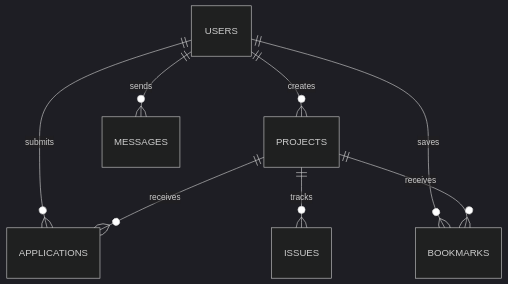
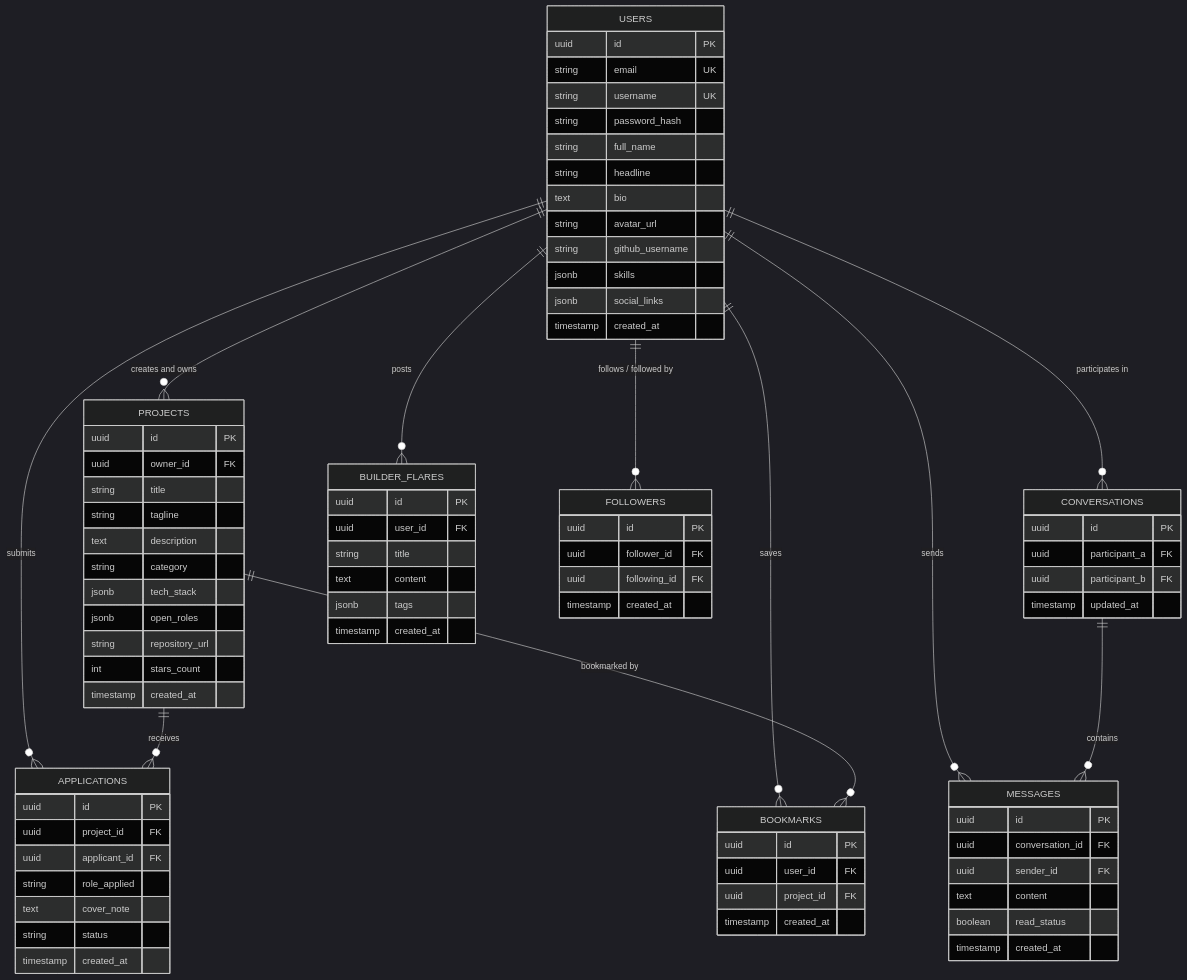
The fourth of 5 diagrams in docs/architecture.md (Babin123456/devlink), drawn with Mermaid (dark theme) before and after one commit. The commit also changed other lines of this file, not shown here.

Commit message:
docs(diagrams): add system architecture mermaid diagrams (#468)

````diff
--- a/docs/architecture.md
+++ b/docs/architecture.md
@@ -159,10 +170,91 @@
 ```mermaid
 erDiagram
-    USERS ||--o{ PROJECTS : creates
-    USERS ||--o{ APPLICATIONS : submits
-    USERS ||--o{ BOOKMARKS : saves
-    USERS ||--o{ MESSAGES : sends
-    PROJECTS ||--o{ APPLICATIONS : receives
-    PROJECTS ||--o{ ISSUES : tracks
-    PROJECTS ||--o{ BOOKMARKS : receives
+    USERS {
+        uuid id PK
+        string email UK
+        string username UK
+        string password_hash
+        string full_name
+        string headline
+        text bio
+        string avatar_url
+        string github_username
+        jsonb skills
+        jsonb social_links
+        timestamp created_at
+    }
+
+    PROJECTS {
+        uuid id PK
+        uuid owner_id FK
+        string title
+        string tagline
+        text description
+        string category
+        jsonb tech_stack
+        jsonb open_roles
+        string repository_url
+        int stars_count
+        timestamp created_at
+    }
+
+    APPLICATIONS {
+        uuid id PK
+        uuid project_id FK
+        uuid applicant_id FK
+        string role_applied
+        text cover_note
+        string status
+        timestamp created_at
+    }
+
+    MESSAGES {
+        uuid id PK
+        uuid conversation_id FK
+        uuid sender_id FK
+        text content
+        boolean read_status
+        timestamp created_at
+    }
+
+    CONVERSATIONS {
+        uuid id PK
+        uuid participant_a FK
+        uuid participant_b FK
+        timestamp updated_at
+    }
+
+    BOOKMARKS {
+        uuid id PK
+        uuid user_id FK
+        uuid project_id FK
+        timestamp created_at
+    }
+
+    BUILDER_FLARES {
+        uuid id PK
+        uuid user_id FK
+        string title
+        text content
+        jsonb tags
+        timestamp created_at
+    }
+
+    FOLLOWERS {
+        uuid id PK
+        uuid follower_id FK
+        uuid following_id FK
+        timestamp created_at
+    }
+
+    USERS ||--o{ PROJECTS : "creates and owns"
+    USERS ||--o{ APPLICATIONS : "submits"
+    PROJECTS ||--o{ APPLICATIONS : "receives"
+    USERS ||--o{ BOOKMARKS : "saves"
+    PROJECTS ||--o{ BOOKMARKS : "bookmarked by"
+    USERS ||--o{ MESSAGES : "sends"
+    CONVERSATIONS ||--o{ MESSAGES : "contains"
+    USERS ||--o{ CONVERSATIONS : "participates in"
+    USERS ||--o{ BUILDER_FLARES : "posts"
+    USERS ||--o{ FOLLOWERS : "follows / followed by"
 ```
````
